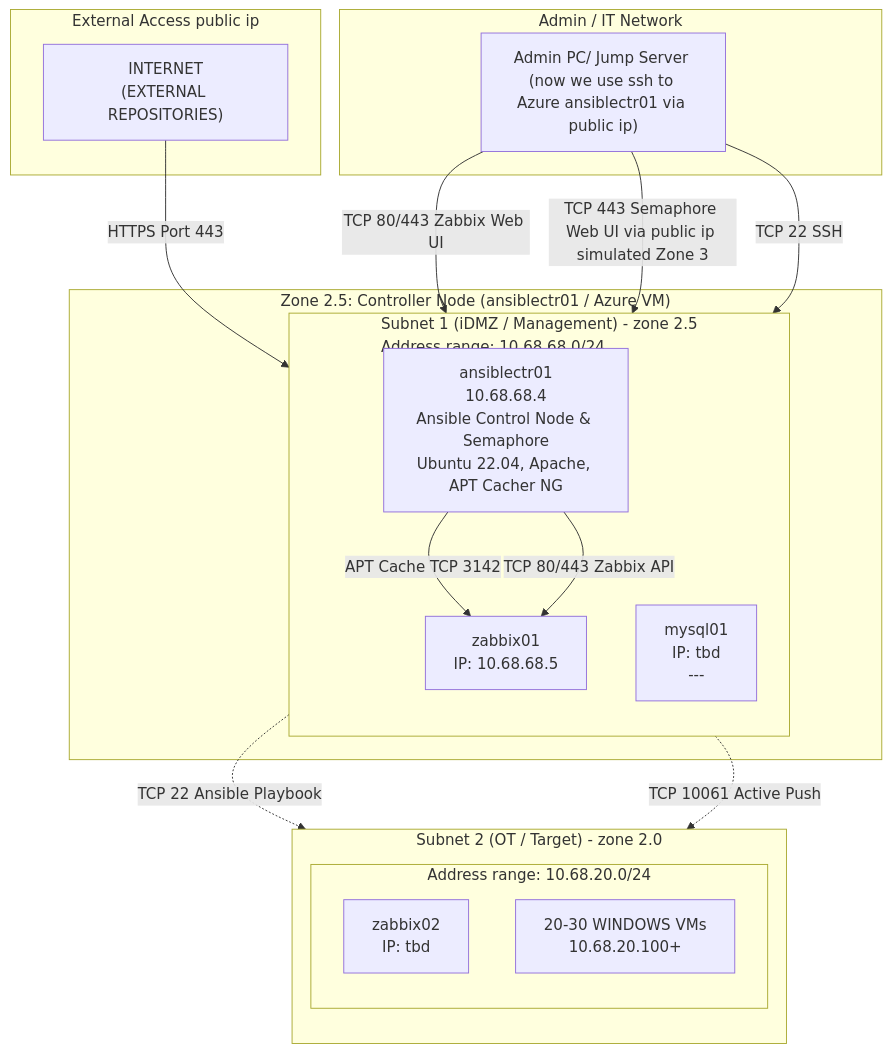
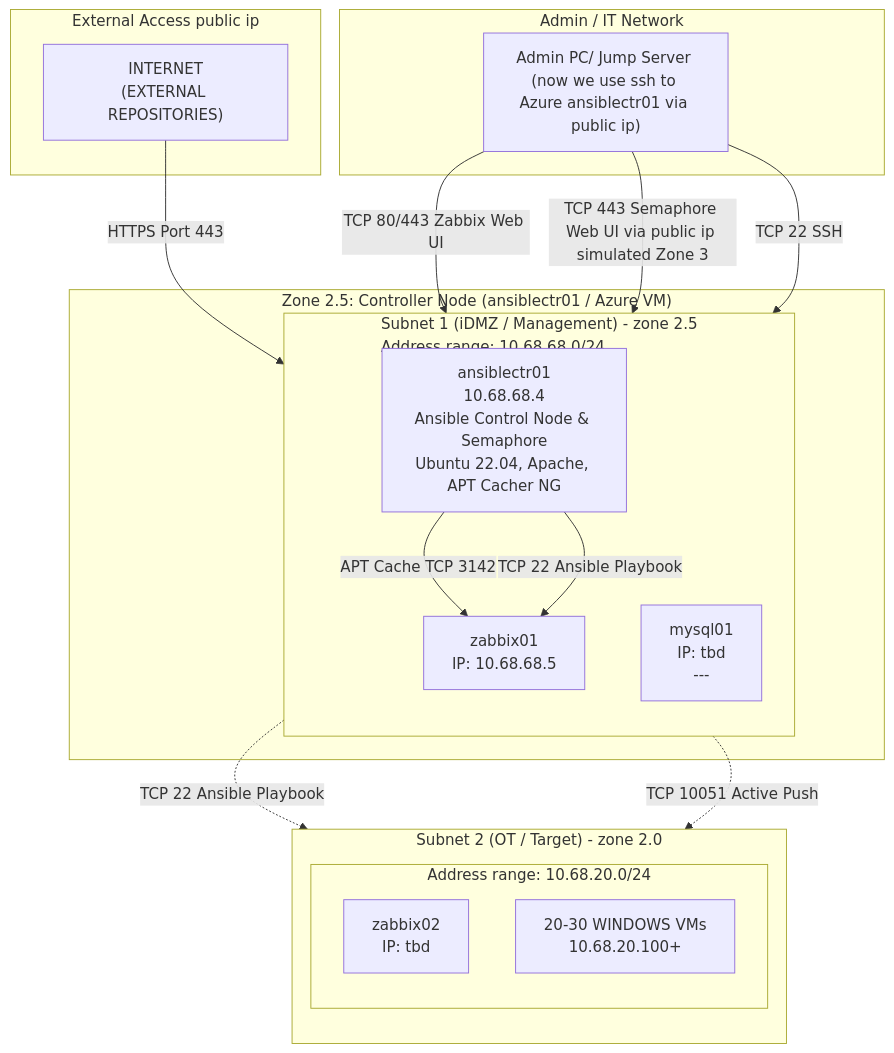
Before and after one commit to spawnmarvel/kvm-lab: the diagram in run_research_2_azure_zabbix_stack_extra_with_windows_vms/readme.md, drawn with Mermaid.

Commit message:
start ansible

````diff
--- a/run_research_2_azure_zabbix_stack_extra_with_windows_vms/readme.md
+++ b/run_research_2_azure_zabbix_stack_extra_with_windows_vms/readme.md
@@ -926,39 +926,39 @@
 ```mermaid
 graph TD
     subgraph Zone1 ["External Access public ip"]
         Internet["INTERNET<br/>(EXTERNAL REPOSITORIES)"]
     end
 
     subgraph Zone2 ["Zone 2.5: Controller Node (ansiblectr01 / Azure VM)"]
         subgraph Subnet1 ["Subnet 1 (iDMZ / Management) - zone 2.5<br/>Address range: 10.68.68.0/24"]
             direction TB
             ansiblectr01["ansiblectr01<br/>10.68.68.4<br/>Ansible Control Node & Semaphore<br/>Ubuntu 22.04, Apache, APT Cacher NG"]
             zabbix01["zabbix01<br/>IP: 10.68.68.5"]
             mysql01["mysql01<br/>IP: tbd<br/>---"]
         end
     end
 
     subgraph Zone2OT ["Subnet 2 (OT / Target) - zone 2.0"]
         direction TB
         subgraph Subnet2 ["Address range: 10.68.20.0/24"]
             zabbix02["zabbix02<br/>IP: tbd"]
             winVMs["20-30 WINDOWS VMs<br/>10.68.20.100+"]
         end
     end
 
     subgraph AdminNet ["Admin / IT Network"]
         AdminPC["Admin PC/ Jump Server (now we use ssh to Azure ansiblectr01 via public ip)"]
     end
 
     Internet -->|HTTPS Port 443| ansiblectr01
     AdminPC -->|TCP 80/443 Zabbix Web UI| zabbix01
     AdminPC -->|TCP 443 Semaphore Web UI via public ip simulated Zone 3 | ansiblectr01
     AdminPC -->|TCP 22 SSH| ansiblectr01
     
     ansiblectr01 -->|APT Cache TCP 3142| zabbix01
-    ansiblectr01 -->|TCP 80/443 Zabbix API| zabbix01
+    ansiblectr01 -->|TCP 22 Ansible Playbook| zabbix01
     
     ansiblectr01 -.->|TCP 22 Ansible Playbook| zabbix02
-    zabbix01 -.->|TCP 10061 Active Push| zabbix02
+    zabbix01 -.->|TCP 10051 Active Push| zabbix02
 
 ```
````
